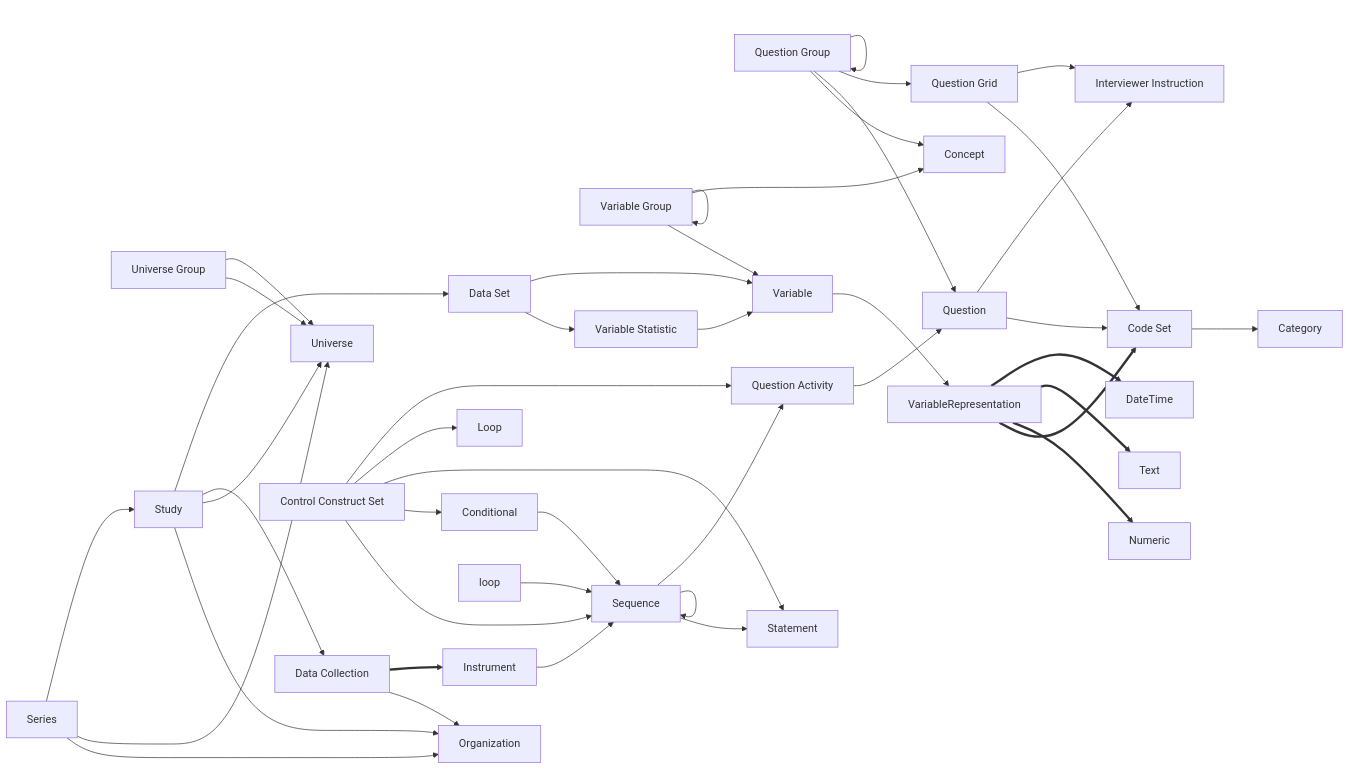
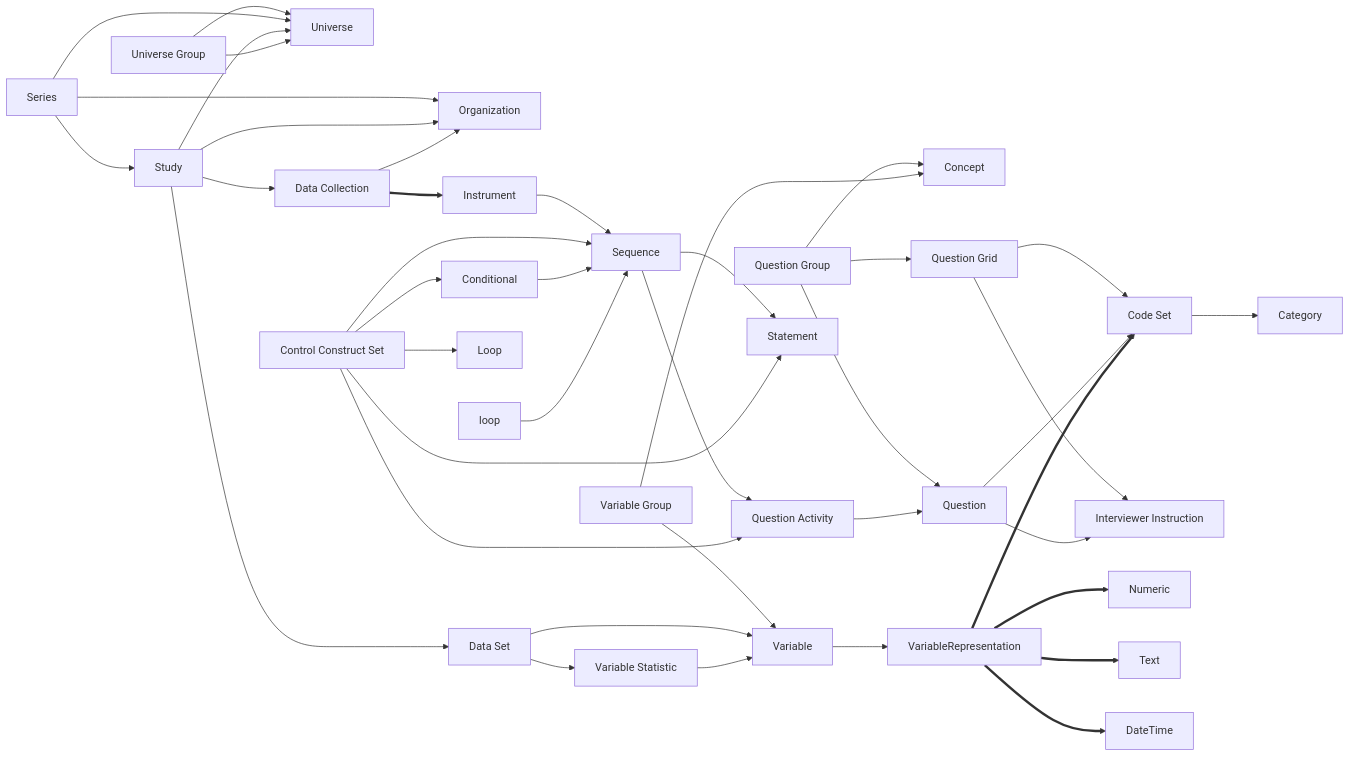
The diagram in README.md (CLOSER-Cohorts/colectica-api), drawn with Mermaid before and after one commit.

Commit message:
removed self-referencing for clarity
removed self-referencing for clarity

````diff
--- a/README.md
+++ b/README.md
@@ -30,46 +30,43 @@
 ```mermaid
 graph LR
   QGr[Question Group] --> Concept
   QGr[Question Group] --> Question
   QGr[Question Group] --> QG[Question Grid]
-  QGr[Question Group] --> QGr[Question Group]
   VG[Variable Group] --> Variable
-  VG[Variable Group] --> VG[Variable Group]
   VG[Variable Group] --> Concept
   UnG[Universe Group] --> Universe
   Series --> Organization
   Series --> Universe
   Series --> Study
   Study --> Organization
   Study --> Universe
   Study --> DaC[Data Collection]
   Study --> DaS[Data Set]
   DaC[Data Collection] --> Organization
   DaC[Data Collection] ==> Instrument
   UnG[Universe Group] --> Universe
   Instrument --> Sequence
-  Sequence --> Sequence
   Sequence --> Statement
   Sequence --> QA[Question Activity]
   QA[Question Activity] --> Question
   QG[Question Grid] --> CoS[Code Set]
   QG[Question Grid] --> II[Interviewer Instruction]
   Question --> CoS[Code Set]
   Question --> II[Interviewer Instruction]
   CoS --> Category
   CCS[Control Construct Set] --> Sequence
   Conditional --> Sequence
   CCS[Control Construct Set] --> Conditional
   CCS[Control Construct Set] --> Statement
   CCS[Control Construct Set] --> Loop
   CCS[Control Construct Set] --> QA[Question Activity]
   DaS[Data Set] --> VaS[Variable Statistic]
   DaS[Data Set] --> Variable
   VaS[Variable Statistic] --> Variable
   Variable --> VariableRepresentation
   VariableRepresentation ==> CoS[Code Set]
   VariableRepresentation ==> Numeric
   VariableRepresentation ==> Text
   VariableRepresentation ==> DateTime
   loop --> Sequence
 ```
````
